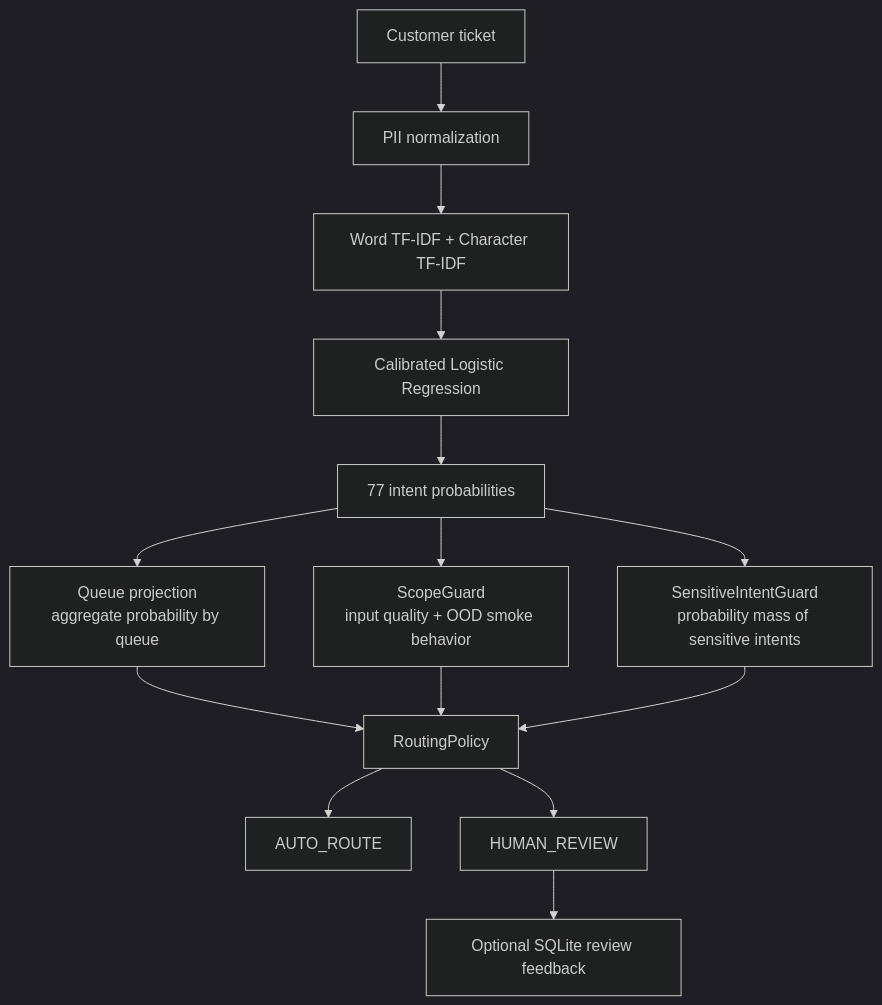
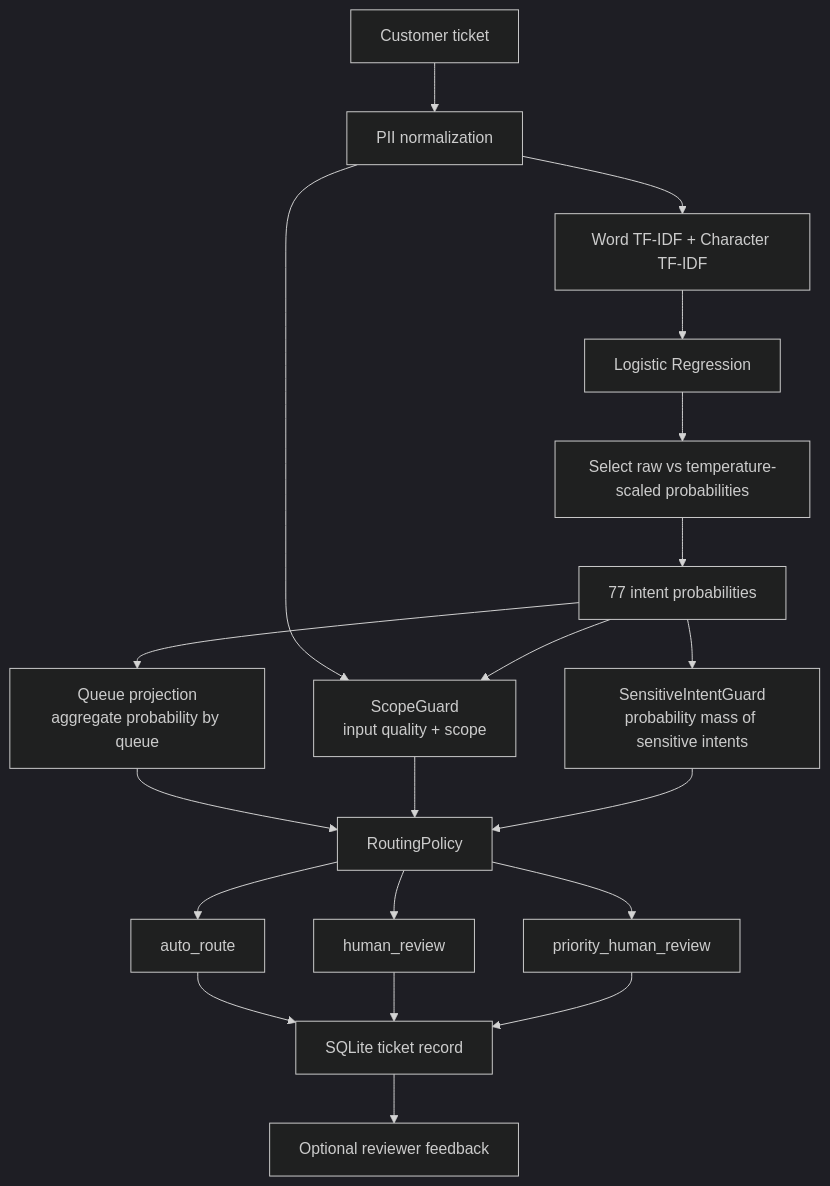
One commit to haminhthong/Banking77-Support-Router changed the diagram in README.md. Above: the diagram before and after it, drawn with Mermaid (dark theme). The commit also changed other lines of this file, not shown here.

````diff
--- a/README.md
+++ b/README.md
@@ -26,16 +26,22 @@
 ```mermaid
 flowchart TD
     A[Customer ticket] --> B[PII normalization]
     B --> C[Word TF-IDF + Character TF-IDF]
-    C --> D[Calibrated Logistic Regression]
-    D --> E[77 intent probabilities]
-    E --> F[Queue projection\naggregate probability by queue]
-    E --> G[ScopeGuard\ninput quality + OOD smoke behavior]
-    E --> H[SensitiveIntentGuard\nprobability mass of sensitive intents]
-    F --> I[RoutingPolicy]
-    G --> I
-    H --> I
-    I --> J[AUTO_ROUTE]
-    I --> K[HUMAN_REVIEW]
-    K --> L[Optional SQLite review feedback]
+    C --> D[Logistic Regression]
+    D --> E[Select raw vs temperature-scaled probabilities]
+    E --> F[77 intent probabilities]
+    F --> G[Queue projection<br/>aggregate probability by queue]
+    B --> H[ScopeGuard<br/>input quality + scope]
+    F --> H
+    F --> I[SensitiveIntentGuard<br/>probability mass of sensitive intents]
+    G --> J[RoutingPolicy]
+    H --> J
+    I --> J
+    J --> K[auto_route]
+    J --> L[human_review]
+    J --> M[priority_human_review]
+    K --> N[SQLite ticket record]
+    L --> N
+    M --> N
+    N --> O[Optional reviewer feedback]
 ```
````
